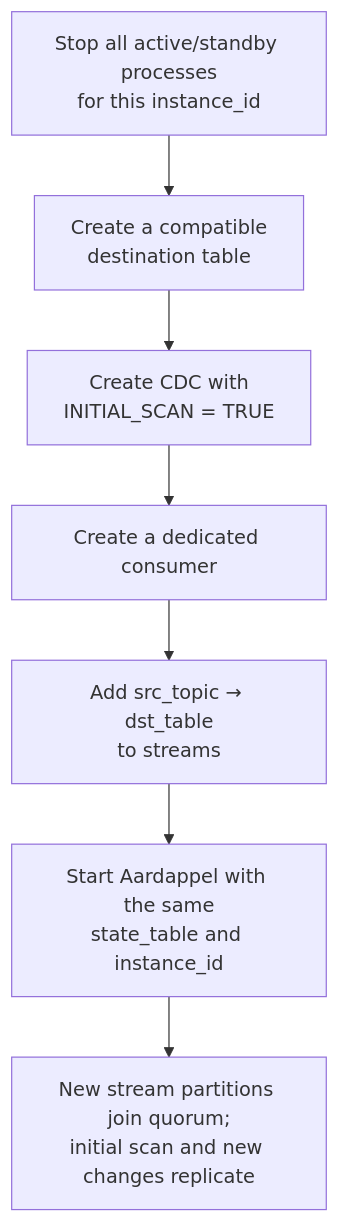
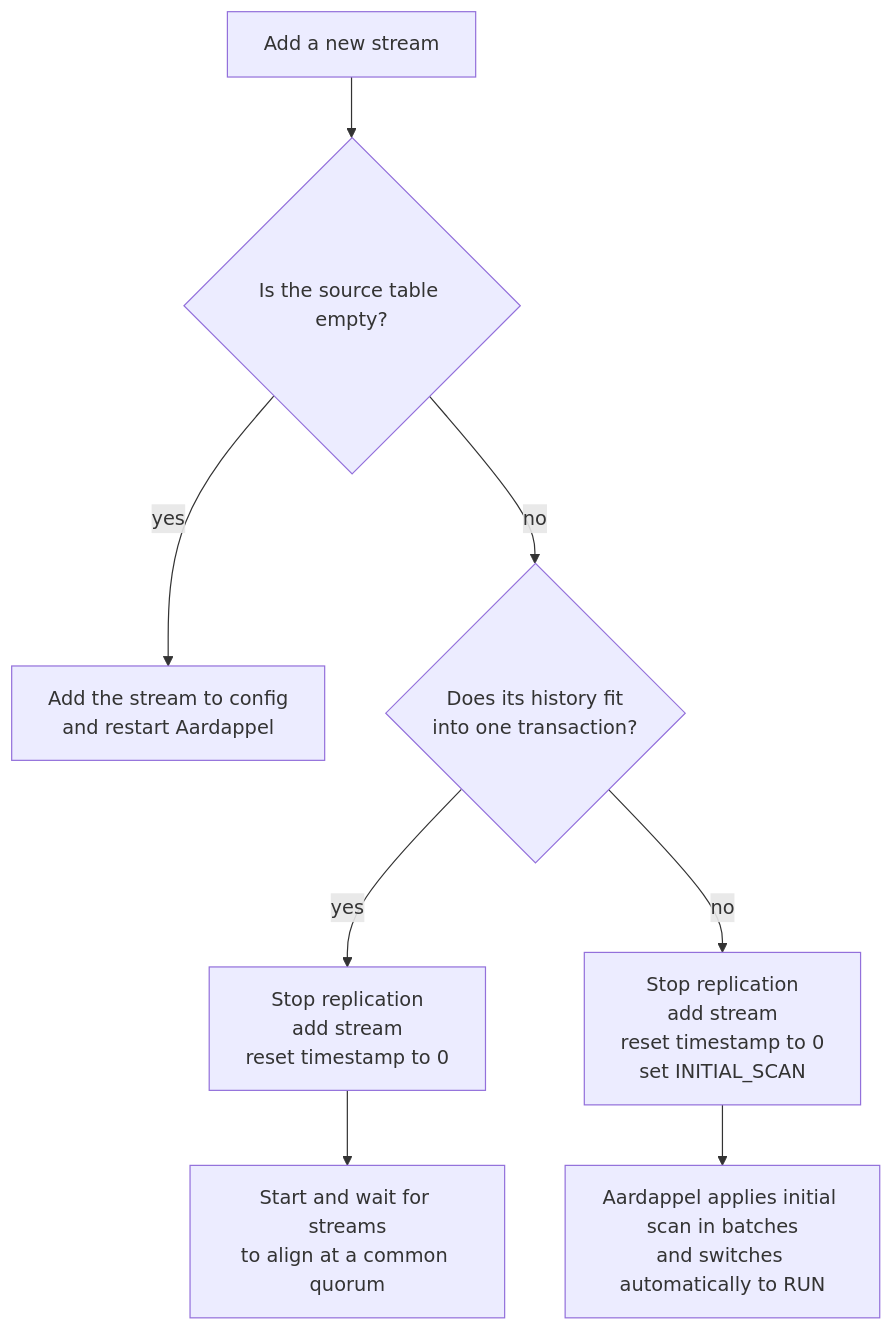
The third of 8 diagrams in README.md (ydb-platform/aardappel), drawn with Mermaid before and after one commit. The commit also changed other lines of this file, not shown here.

````diff
--- a/README.md
+++ b/README.md
@@ -429,9 +438,10 @@
 ```mermaid
 flowchart TD
-    A[Stop all active/standby processes<br/>for this instance_id] --> B[Create a compatible<br/>destination table]
-    B --> C[Create CDC with<br/>INITIAL_SCAN = TRUE]
-    C --> D[Create a dedicated consumer]
-    D --> E[Add src_topic → dst_table<br/>to streams]
-    E --> F[Start Aardappel with the same<br/>state_table and instance_id]
-    F --> G[New stream partitions join quorum;<br/>initial scan and new changes replicate]
+    A[Add a new stream] --> B{Is the source table empty?}
+    B -->|yes| C[Add the stream to config<br/>and restart Aardappel]
+    B -->|no| D{Does its history fit<br/>into one transaction?}
+    D -->|yes| E[Stop replication<br/>add stream<br/>reset timestamp to 0]
+    D -->|no| F[Stop replication<br/>add stream<br/>reset timestamp to 0<br/>set INITIAL_SCAN]
+    E --> G[Start and wait for streams<br/>to align at a common quorum]
+    F --> H[Aardappel applies initial scan in batches<br/>and switches automatically to RUN]
 ```
````
